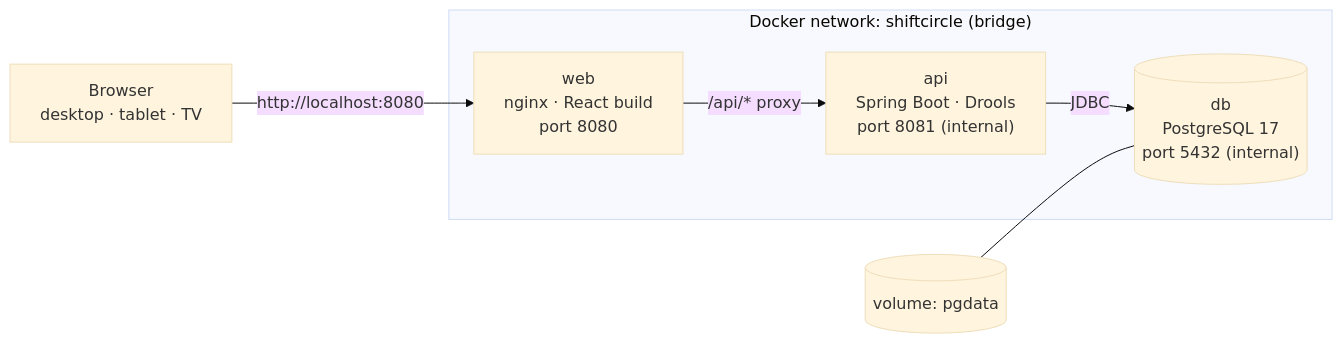
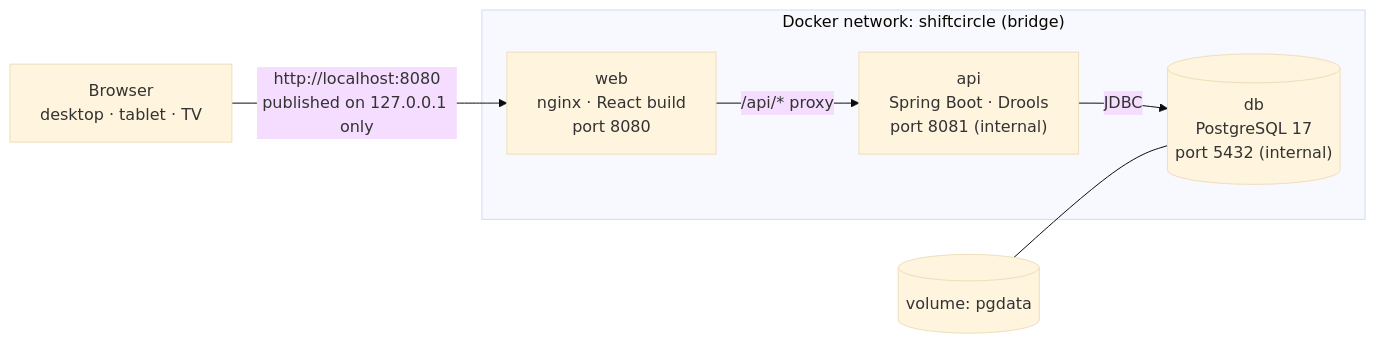
The diagram in docs/08-deployment.md (dmhdev01-cell/ShiftCircle), drawn with Mermaid (base theme) before and after one commit. The commit also changed other lines of this file and 20 other files, not shown here.

````diff
--- a/docs/08-deployment.md
+++ b/docs/08-deployment.md
@@ -7,12 +7,12 @@
 ```mermaid
 flowchart LR
-    B[Browser<br/>desktop · tablet · TV] -->|http://localhost:8080| W
+    B[Browser<br/>desktop · tablet · TV] -->|http://localhost:8080<br/>published on 127.0.0.1 only| W
     subgraph net["Docker network: shiftcircle (bridge)"]
         W["web<br/>nginx · React build<br/>port 8080"]
         A["api<br/>Spring Boot · Drools<br/>port 8081 (internal)"]
         D[("db<br/>PostgreSQL 17<br/>port 5432 (internal)")]
         W -->|/api/* proxy| A
         A -->|JDBC| D
     end
     V[(volume: pgdata)] --- D
 ```
````
